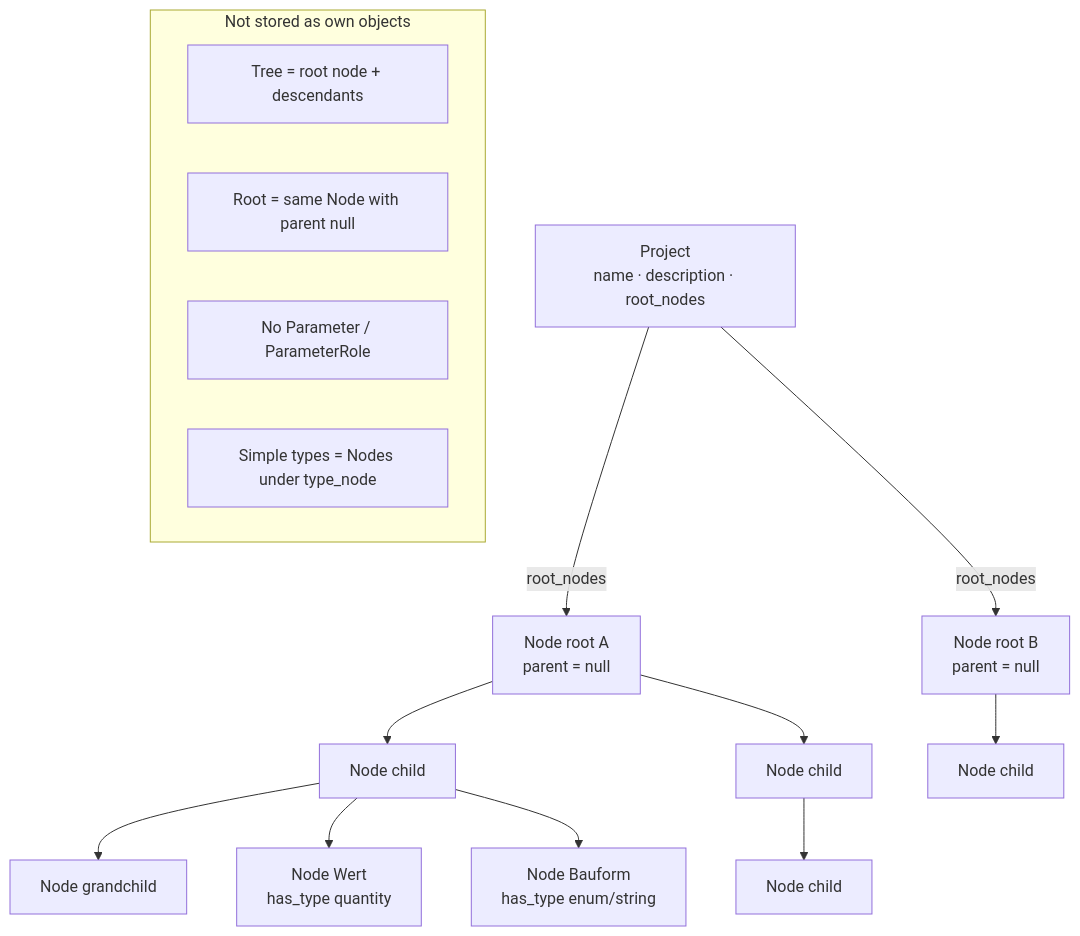
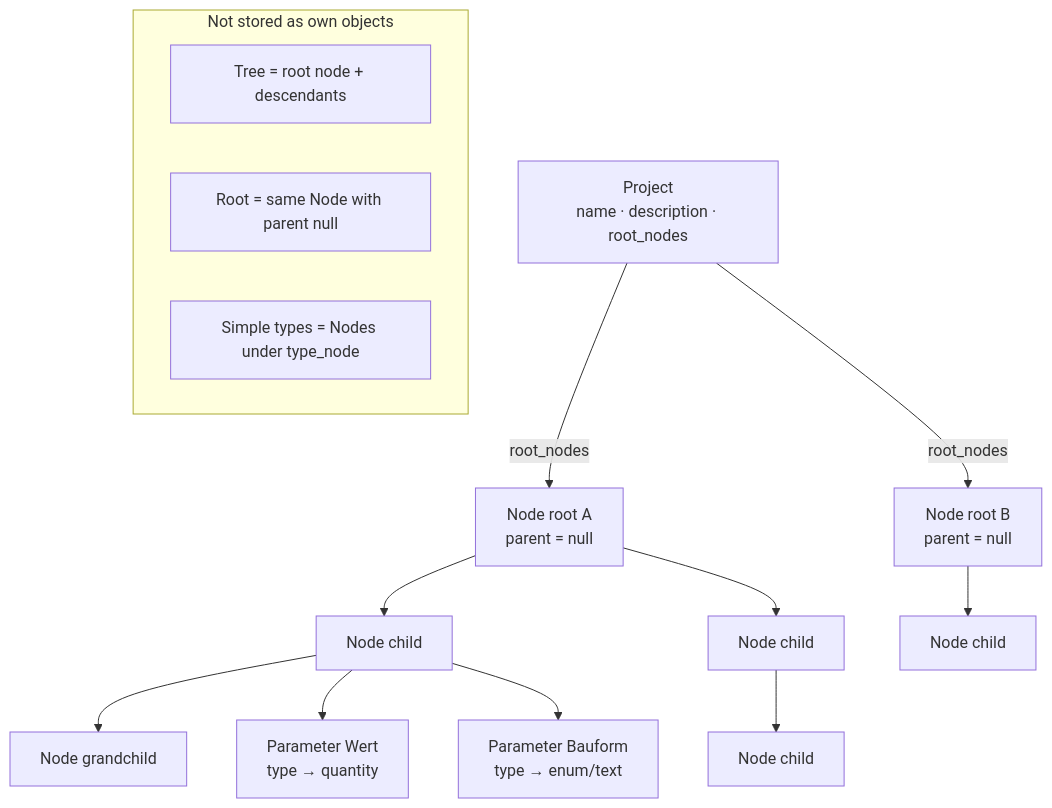
The third of 8 diagrams in docs/plans/data-structure.md (sfambach/wp-taxonomy-modeler), drawn with Mermaid before and after one commit. The commit also changed other lines of this file and 9 other files, not shown here.

````diff
--- a/docs/plans/data-structure.md
+++ b/docs/plans/data-structure.md
@@ -430,23 +429,22 @@
 ```mermaid
 flowchart TB
   PR["Project<br/>name · description · root_nodes"]
 
   PR -->|root_nodes| R1["Node root A<br/>parent = null"]
   PR -->|root_nodes| R2["Node root B<br/>parent = null"]
 
   R1 --> C1["Node child"]
   R1 --> C2["Node child"]
   C1 --> G1["Node grandchild"]
   R2 --> C3["Node child"]
 
-  C1 --> P1["Node Wert<br/>has_type quantity"]
-  C1 --> P2["Node Bauform<br/>has_type enum/string"]
+  C1 --> P1["Parameter Wert<br/>type → quantity"]
+  C1 --> P2["Parameter Bauform<br/>type → enum/text"]
   C2 --> P3["Node child"]
 
   subgraph note["Not stored as own objects"]
     T["Tree = root node + descendants"]
     RN["Root = same Node with parent null"]
-    PN["No Parameter / ParameterRole"]
     ST["Simple types = Nodes under type_node"]
   end
 ```
````
